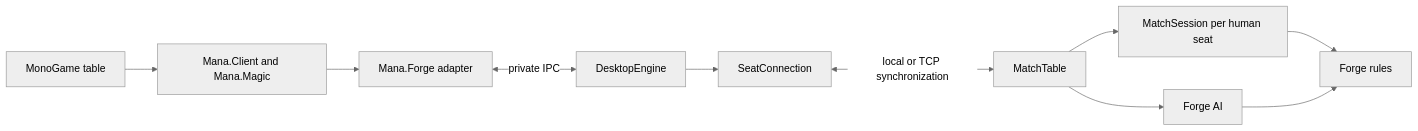
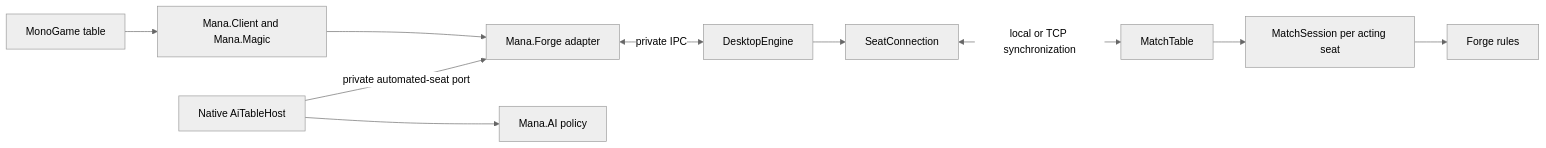
Before and after one commit to proflayton/Mana-Table: the second of 2 diagrams in docs/Development/Mana-Table-Architecture.md, drawn with Mermaid (neutral theme). The commit also changed other lines of this file and 68 other files, not shown here.

Commit message:
Drive complete bot seats through scoped rules domains and audit four-player self-play

````diff
--- a/docs/Development/Mana-Table-Architecture.md
+++ b/docs/Development/Mana-Table-Architecture.md
@@ -1494,12 +1511,12 @@
 ```mermaid
 flowchart LR
     Native[MonoGame table] --> Client[Mana.Client and Mana.Magic]
     Client --> Adapter[Mana.Forge adapter]
     Adapter <-->|private IPC| Host[DesktopEngine]
     Host --> Connection[SeatConnection]
     Connection <-->|local or TCP synchronization| Table[MatchTable]
-    Table --> Seats[MatchSession per human seat]
-    Table --> AI[Forge AI]
+    Table --> Seats[MatchSession per acting seat]
+    BotHost[Native AiTableHost] --> Policy[Mana.AI policy]
+    BotHost -->|private automated-seat port| Adapter
     Seats --> Rules[Forge rules]
-    AI --> Rules
 ```
````
